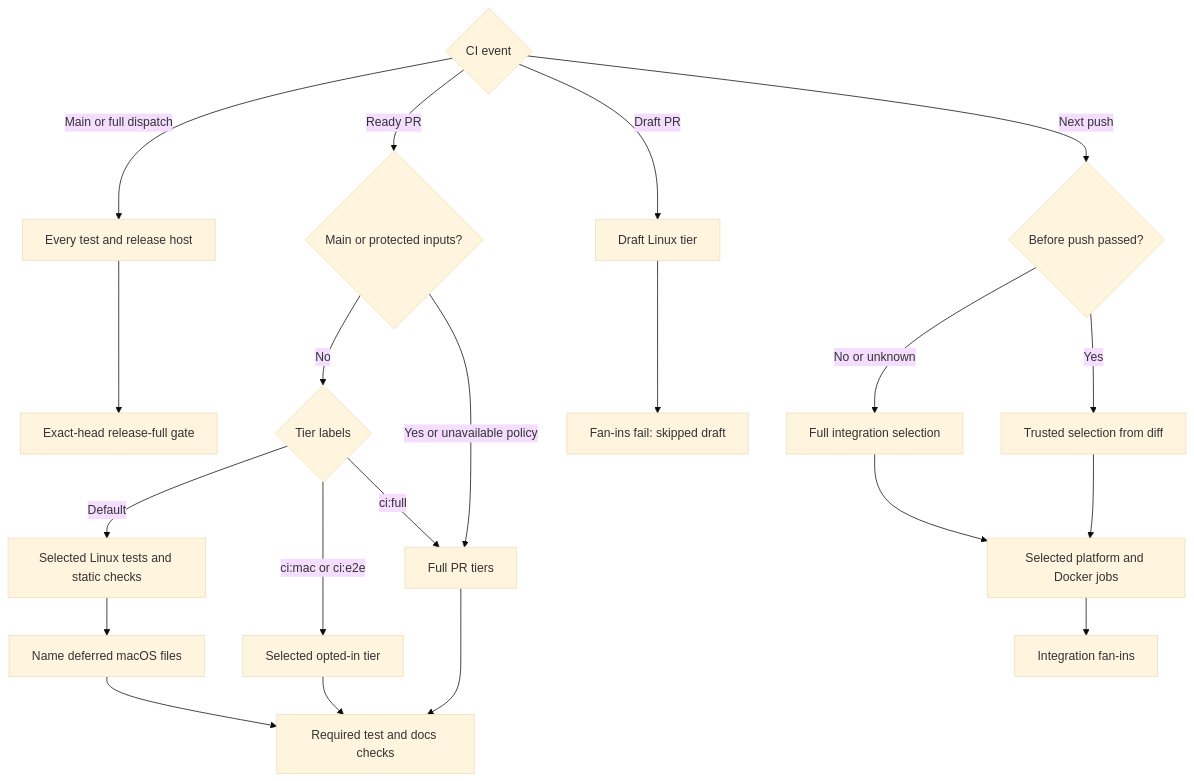
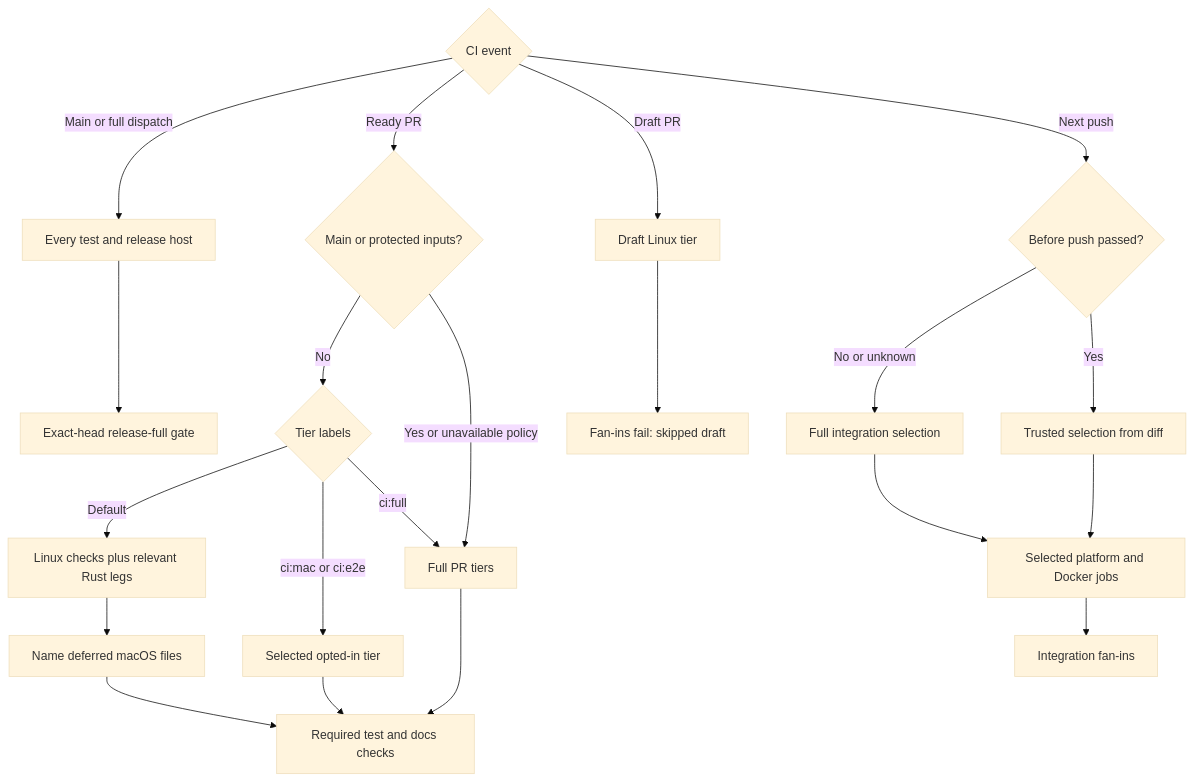
Before and after one commit to hack-dance/hack: the diagram in docs/reference/ci-test-selection.mmd, drawn with Mermaid (base theme). The commit also changed 12 other files, not shown here.

Commit message:
fix(ci): retain Linux Rust checks and gate lifetime evidence

```diff
--- a/docs/reference/ci-test-selection.mmd
+++ b/docs/reference/ci-test-selection.mmd
@@ -1,26 +1,26 @@
 flowchart TD
   event{CI event}
   event -->|Main or full dispatch| full[Every test and release host]
   full --> release[Exact-head release-full gate]
   event -->|Ready PR| guard{Main or protected inputs?}
   guard -->|No| labels{Tier labels}
   guard -->|Yes or unavailable policy| allpr
   event -->|Draft PR| draft[Draft Linux tier]
   draft --> draftgate[Fan-ins fail: skipped draft]
-  labels -->|Default| light[Selected Linux tests and static checks]
+  labels -->|Default| light[Linux checks plus relevant Rust legs]
   light --> deferred[Name deferred macOS files]
   deferred --> prgate[Required test and docs checks]
   labels -->|ci:mac or ci:e2e| tier[Selected opted-in tier]
   labels -->|ci:full| allpr[Full PR tiers]
   tier --> prgate
   allpr --> prgate
   event -->|Next push| before{Before push passed?}
   before -->|No or unknown| all[Full integration selection]
   before -->|Yes| select[Trusted selection from diff]
   all --> integration[Selected platform and Docker jobs]
   select --> integration
   integration --> gate[Integration fan-ins]
   class light,tier,allpr,integration,full live
   class deferred wait
   class draftgate fail
   class prgate,gate,release ok
```
